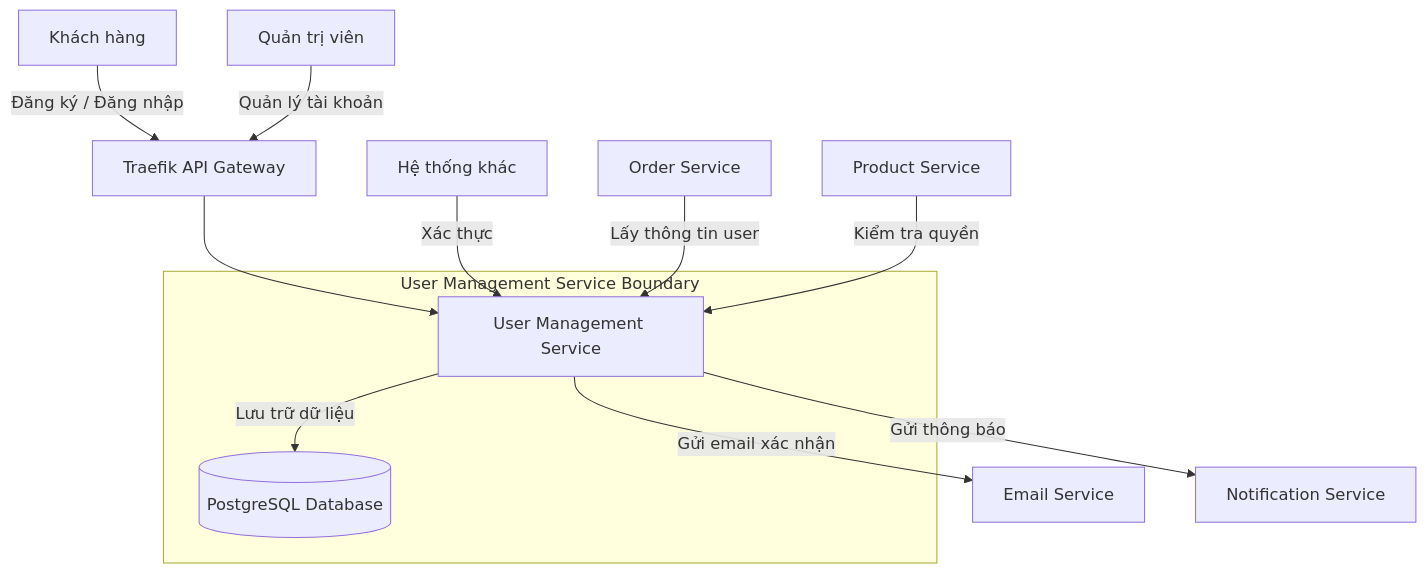
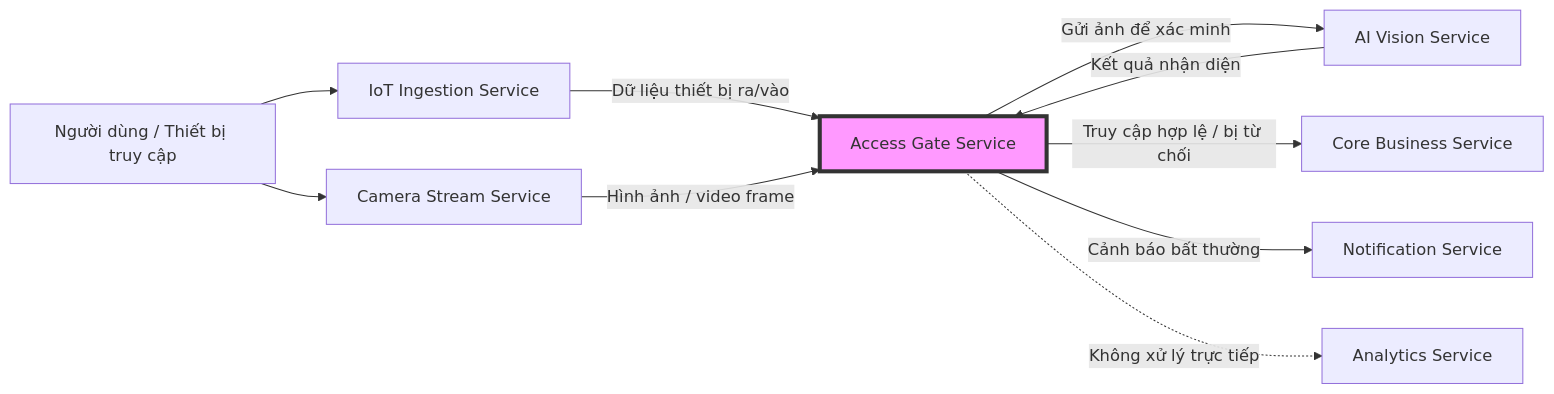
One commit to FIT-17-13/fit4110-17-13-lab1_setup-dyqiuka changed the diagram in evidence/buoi-01/service-boundary.md. Above: the diagram before and after it, drawn with Mermaid. The commit also changed other lines of this file, not shown here.

````diff
--- a/evidence/buoi-01/service-boundary.md
+++ b/evidence/buoi-01/service-boundary.md
@@ -95,35 +80,28 @@
 ```mermaid
-flowchart TB
-    Customer[Khách hàng]
-    Admin[Quản trị viên]
-    OtherSystem[Hệ thống khác]
-    
-    %% Traefik là Gateway thực tế trong scripts/pull_all.sh
-    APIGateway[Traefik API Gateway]
+flowchart LR
+    User[Người dùng / Thiết bị truy cập]
+    IoT[IoT Ingestion Service]
+    Camera[Camera Stream Service]
+    AIVision[AI Vision Service]
+    AccessGate[Access Gate Service]
+    Core[Core Business Service]
+    Notify[Notification Service]
+    Analytics[Analytics Service]
 
-    subgraph UserBoundary [User Management Service Boundary]
-        UserService[User Management Service]
-        %% PostgreSQL là DB thực tế trong scripts/pull_all.sh
-        UserDB[(PostgreSQL Database)]
-        UserService -->|Lưu trữ dữ liệu| UserDB
-    end
+    User --> IoT
+    User --> Camera
 
-    OrderService[Order Service]
-    ProductService[Product Service]
-    EmailService[Email Service]
-    NotificationService[Notification Service]
+    IoT -->|Dữ liệu thiết bị ra/vào| AccessGate
+    Camera -->|Hình ảnh / video frame| AccessGate
 
-    %% Tương tác từ phía người dùng qua Gateway
-    Customer -->|Đăng ký / Đăng nhập| APIGateway
-    Admin -->|Quản lý tài khoản| APIGateway
-    APIGateway --> UserService
+    AccessGate -->|Gửi ảnh để xác minh| AIVision
+    AIVision -->|Kết quả nhận diện| AccessGate
 
-    %% Tương tác giữa các Service
-    OtherSystem -->|Xác thực| UserService
-    OrderService -->|Lấy thông tin user| UserService
-    ProductService -->|Kiểm tra quyền| UserService
+    AccessGate -->|Truy cập hợp lệ / bị từ chối| Core
+    AccessGate -->|Cảnh báo bất thường| Notify
 
-    %% Tương tác hướng ngoại
-    UserService -->|Gửi email xác nhận| EmailService
-    UserService -->|Gửi thông báo| NotificationService
+    AccessGate -.->|Không xử lý trực tiếp| Analytics
+
+    %% Styling cho service chính
+    style AccessGate fill:#f9f,stroke:#333,stroke-width:4px
 ```
````
